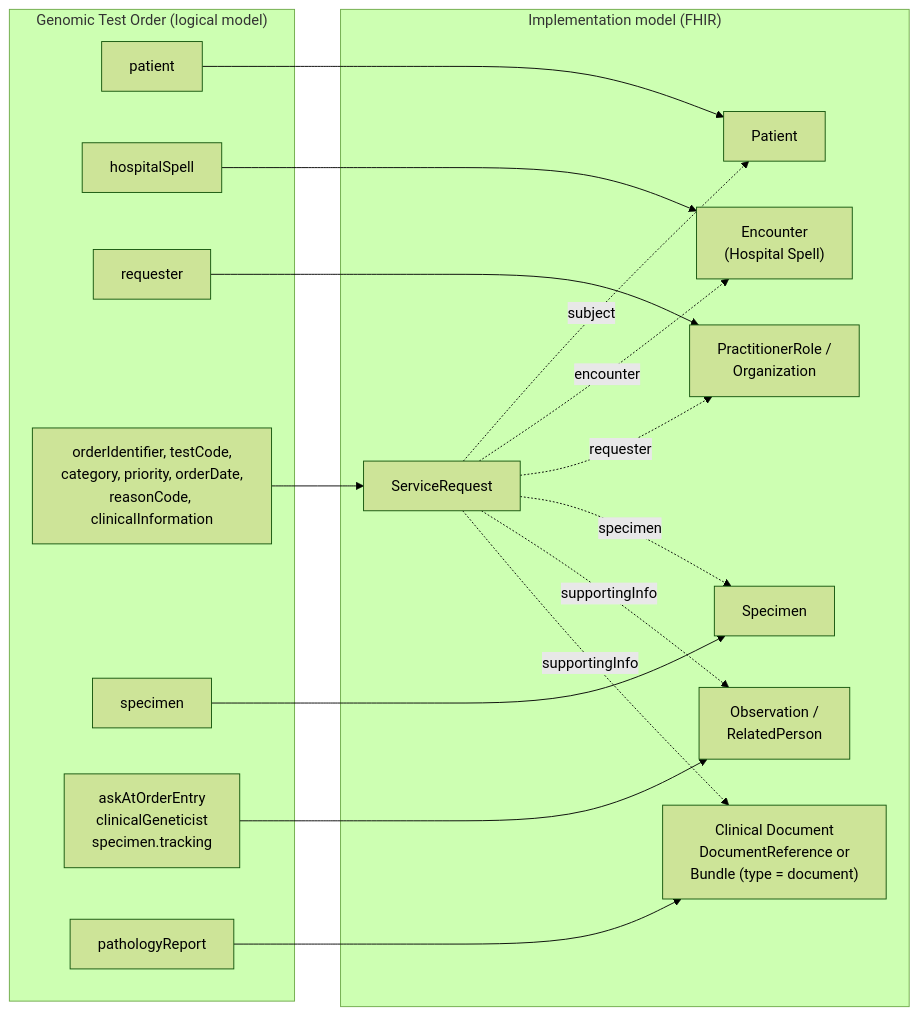
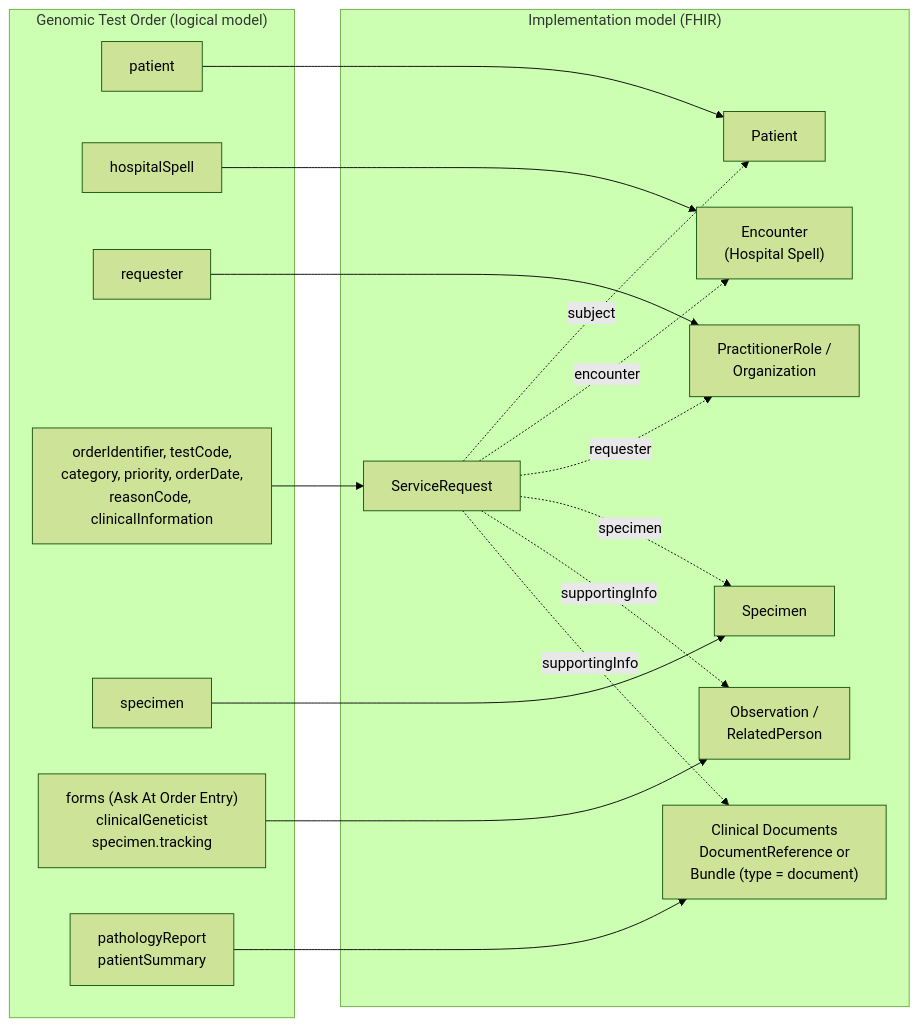
One commit to nw-gmsa/nw-gmsa.github.com changed the first of 5 diagrams in input/pagecontent/StructureDefinition-GenomicTestOrder-notes.md. Above: the diagram before and after it, drawn with Mermaid (forest theme). The commit also changed other lines of this file and 15 other files, not shown here.

````diff
--- a/input/pagecontent/StructureDefinition-GenomicTestOrder-notes.md
+++ b/input/pagecontent/StructureDefinition-GenomicTestOrder-notes.md
@@ -8,37 +8,37 @@
 ```mermaid
 flowchart LR
     subgraph LM["Genomic Test Order (logical model)"]
         LP["patient"]
         LH["hospitalSpell"]
         LRQ["requester"]
         LW["orderIdentifier, testCode,<br/>category, priority, orderDate,<br/>reasonCode, clinicalInformation"]
         LS["specimen"]
-        LA["askAtOrderEntry<br/>clinicalGeneticist<br/>specimen.tracking"]
-        LPR["pathologyReport"]
+        LA["forms (Ask At Order Entry)<br/>clinicalGeneticist<br/>specimen.tracking"]
+        LPR["pathologyReport<br/>patientSummary"]
     end
 
     subgraph IM["Implementation model (FHIR)"]
         PAT["Patient"]
         ENC["Encounter<br/>(Hospital Spell)"]
         PR["PractitionerRole /<br/>Organization"]
         SR["ServiceRequest"]
         SPEC["Specimen"]
         OBS["Observation /<br/>RelatedPerson"]
-        DOC["Clinical Document<br/>DocumentReference or<br/>Bundle (type = document)"]
+        DOC["Clinical Documents<br/>DocumentReference or<br/>Bundle (type = document)"]
     end
 
     LP --> PAT
     LH --> ENC
     LRQ --> PR
     LW --> SR
     LS --> SPEC
     LA --> OBS
     LPR --> DOC
 
     SR -. subject .-> PAT
     SR -. encounter .-> ENC
     SR -. requester .-> PR
     SR -. specimen .-> SPEC
     SR -. supportingInfo .-> OBS
     SR -. supportingInfo .-> DOC
 ```
````
